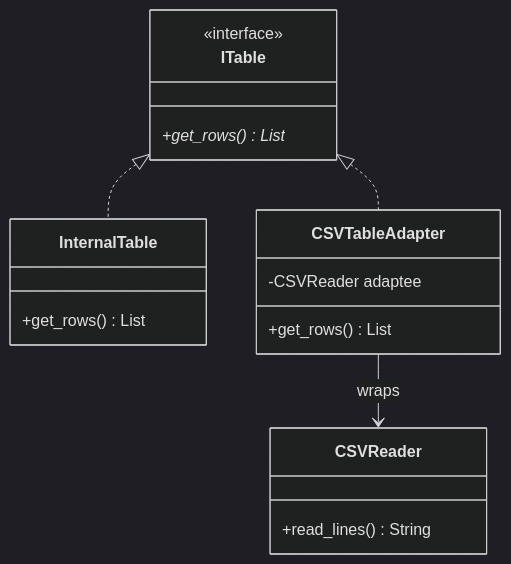
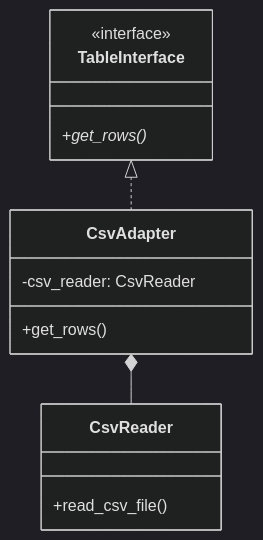
One commit to TamBui1706/DBMS changed the seventh of 20 diagrams in DPSuggest.md. Above: the diagram before and after it, drawn with Mermaid (dark theme). The commit also changed other lines of this file, not shown here.

Commit message:
table Design Patterns

````diff
--- a/DPSuggest.md
+++ b/DPSuggest.md
@@ -419,21 +268,16 @@
 ```mermaid
 classDiagram
-    class ITable {
+    class TableInterface {
         <<interface>>
-        +get_rows()* List
+        +get_rows()*
     }
-    class InternalTable {
-        +get_rows() List
+    class CsvReader {
+        +read_csv_file()
     }
-    class CSVReader {
-        +read_lines() String
+    class CsvAdapter {
+        -csv_reader: CsvReader
+        +get_rows()
     }
-    class CSVTableAdapter {
-        -CSVReader adaptee
-        +get_rows() List
-    }
-    
-    ITable <|.. InternalTable
-    ITable <|.. CSVTableAdapter
-    CSVTableAdapter --> CSVReader : wraps
+    TableInterface <|.. CsvAdapter
+    CsvAdapter *-- CsvReader
 ```
````
